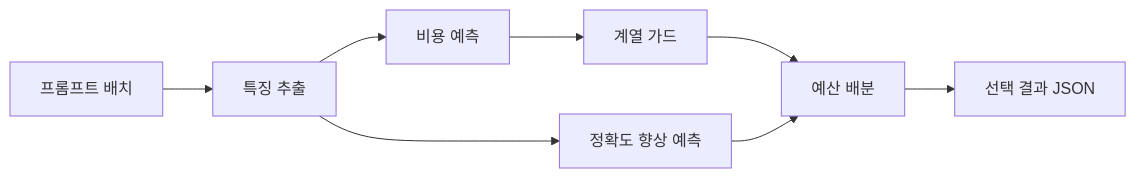
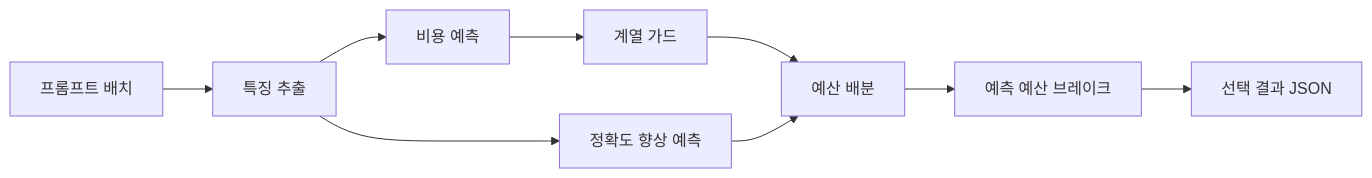
Before and after one commit to Hooneybadger/Scrooge-Router: the diagram in docs/architecture.md, drawn with Mermaid. The commit also changed other lines of this file and 5 other files, not shown here.

````diff
--- a/docs/architecture.md
+++ b/docs/architecture.md
@@ -14,10 +14,11 @@
 ```mermaid
 flowchart LR
     A[프롬프트 배치] --> B[특징 추출]
     B --> C[비용 예측]
     B --> D[정확도 향상 예측]
     C --> E[계열 가드]
     E --> F[예산 배분]
     D --> F
-    F --> G[선택 결과 JSON]
+    F --> H[예측 예산 브레이크]
+    H --> G[선택 결과 JSON]
 ```
````
